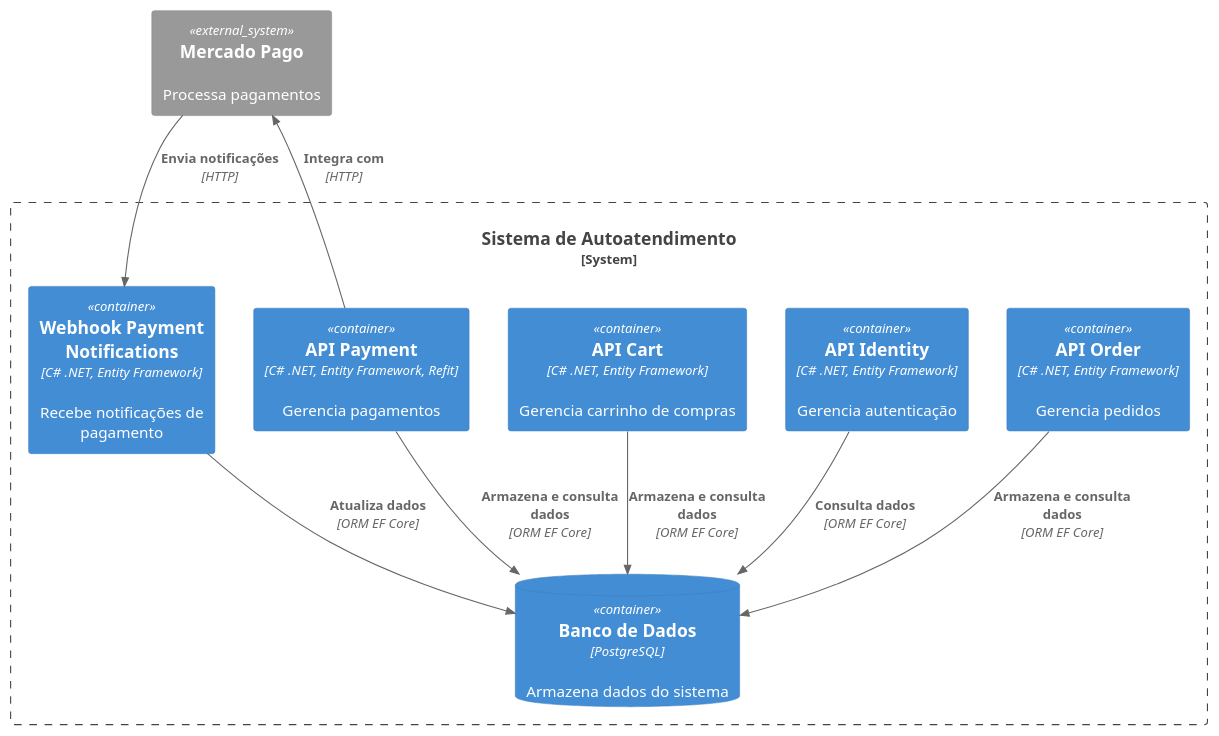
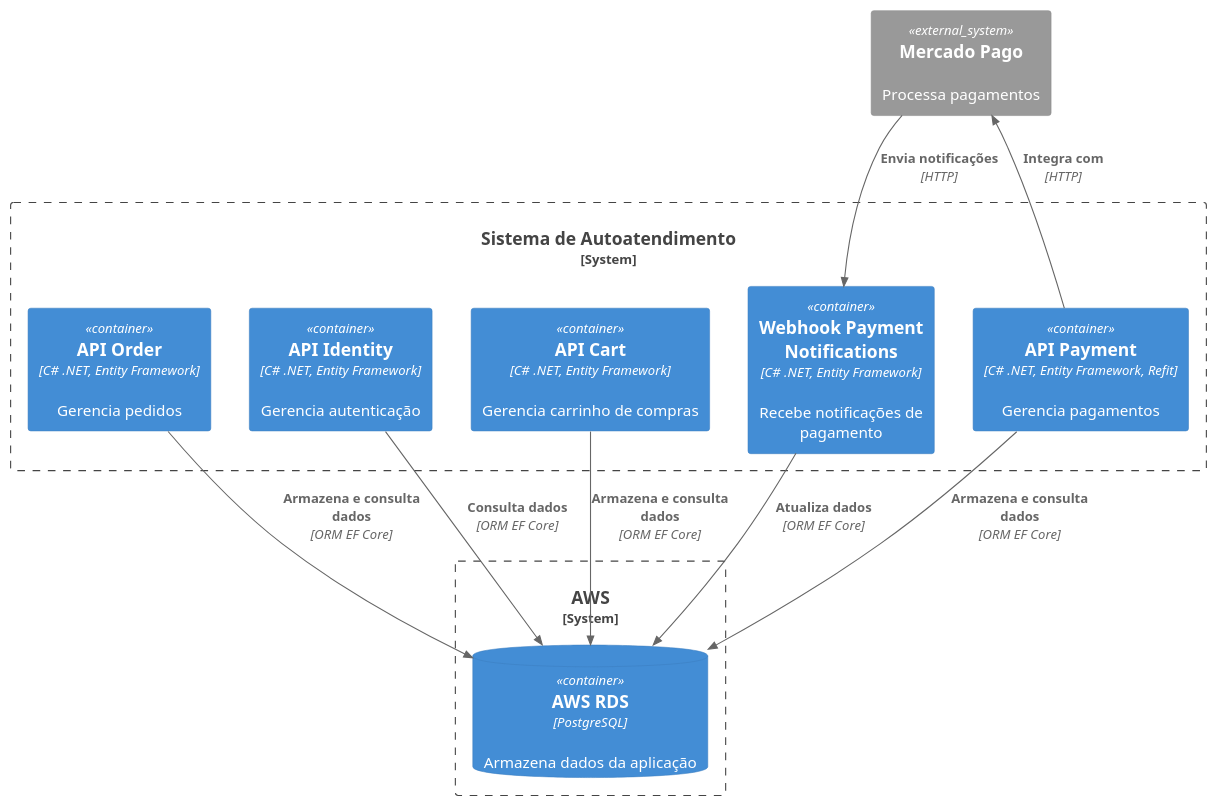
The diagram in docs/c4-containers.plantuml (ronanluiz/fiap-tech-challenge-soat10), drawn with PlantUML before and after one commit. The commit also changed 8 other files, not shown here.

```diff
--- a/docs/c4-containers.plantuml
+++ b/docs/c4-containers.plantuml
@@ -1,22 +1,26 @@
 @startuml
 !include <C4/C4_Container>
 
 System_Boundary(c1, "Sistema de Autoatendimento") {
     Container(apiPedidos, "API Order", "C# .NET, Entity Framework", "Gerencia pedidos")
     Container(apiAutenticacao, "API Identity", "C# .NET, Entity Framework", "Gerencia autenticação")
     Container(apiCarrinho, "API Cart", "C# .NET, Entity Framework", "Gerencia carrinho de compras")
     Container(apiPagamento, "API Payment", "C# .NET, Entity Framework, Refit", "Gerencia pagamentos")
-    Container(webhookPagamento, "Webhook Payment Notifications", "C# .NET, Entity Framework", "Recebe notificações de pagamento")
-    ContainerDb(database, "Banco de Dados", "PostgreSQL", "Armazena dados do sistema")
+    Container(webhookPagamento, "Webhook Payment Notifications", "C# .NET, Entity Framework", "Recebe notificações de pagamento")    
 }
+
+System_Boundary(aws, "AWS") {
+    ContainerDb(database, "AWS RDS", "PostgreSQL", "Armazena dados da aplicação")
+}
+
 System_Ext(paymentService, "Mercado Pago", "Processa pagamentos")
 
 Rel(apiPedidos, database, "Armazena e consulta dados", "ORM EF Core")
 Rel(apiAutenticacao, database, "Consulta dados", "ORM EF Core")
 Rel(apiCarrinho, database, "Armazena e consulta dados", "ORM EF Core")
 Rel(apiPagamento, database, "Armazena e consulta dados", "ORM EF Core")
 Rel(apiPagamento, paymentService, "Integra com", "HTTP")
 Rel(paymentService, webhookPagamento, "Envia notificações", "HTTP")
 Rel(webhookPagamento, database, "Atualiza dados", "ORM EF Core")
 
 @enduml
```
